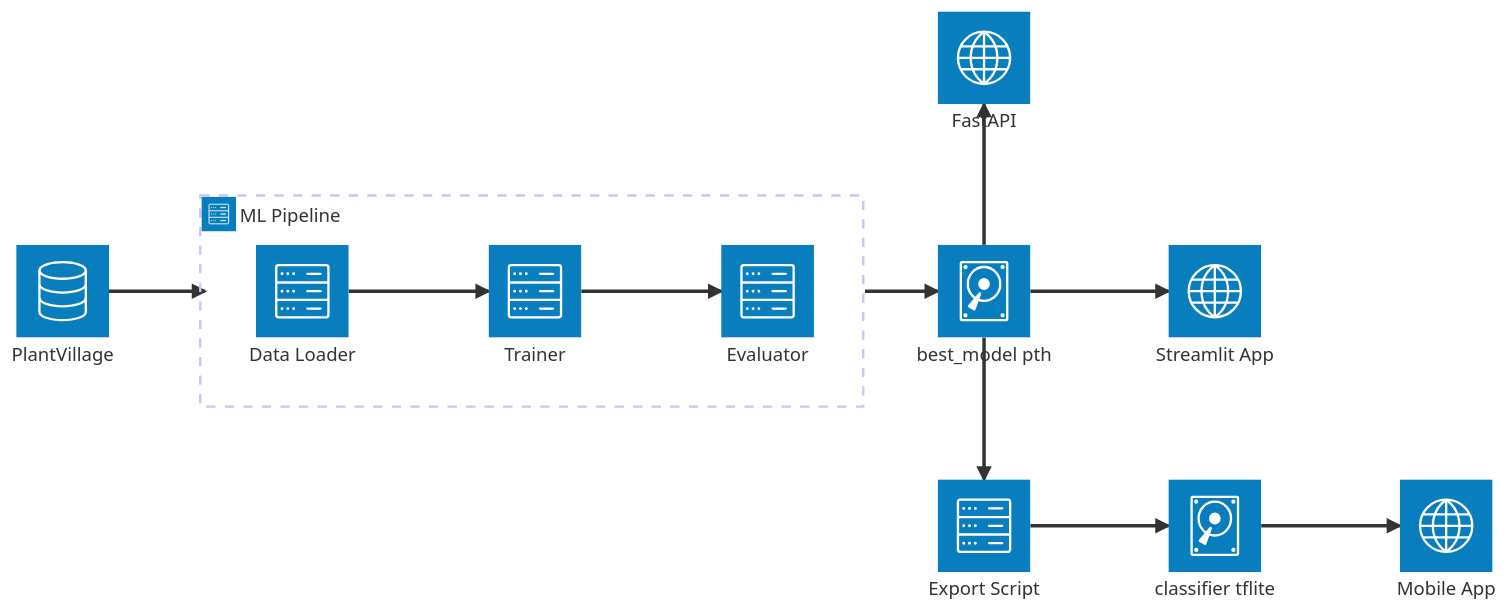
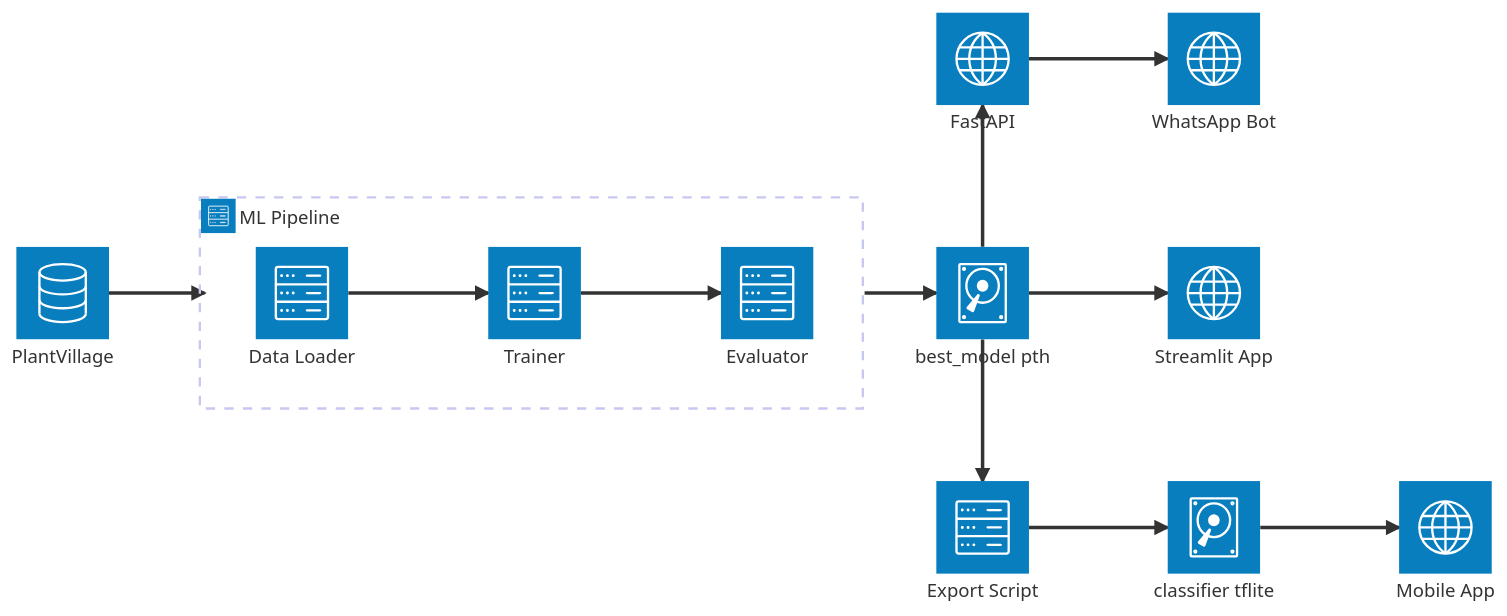
Before and after one commit to santoshshinde2012/crop-disease-prediction: the first of 5 diagrams in wiki/architecture.md, drawn with Mermaid. The commit also changed other lines of this file and 28 other files, not shown here.

First line of the commit message:
feat: WhatsApp integration (Twilio webhook, service, schemas, tests)

````diff
--- a/wiki/architecture.md
+++ b/wiki/architecture.md
@@ -11,23 +11,25 @@
 ```mermaid
 architecture-beta
     service dataset(database)[PlantVillage]
     group pipeline(server)[ML Pipeline]
         service loader(server)[Data Loader] in pipeline
         service trainer(server)[Trainer] in pipeline
         service evaluator(server)[Evaluator] in pipeline
     service pth(disk)[best_model pth]
     service streamlit(internet)[Streamlit App]
     service api(internet)[FastAPI]
+    service whatsapp(internet)[WhatsApp Bot]
     service exporter(server)[Export Script]
     service tflite(disk)[classifier tflite]
     service mobile(internet)[Mobile App]
     dataset:R --> L:loader{group}
     loader:R --> L:trainer
     trainer:R --> L:evaluator
     evaluator{group}:R --> L:pth
     pth:R --> L:streamlit
     pth:T --> B:api
+    api:R --> L:whatsapp
     pth:B --> T:exporter
     exporter:R --> L:tflite
     tflite:R --> L:mobile
 ```
````
